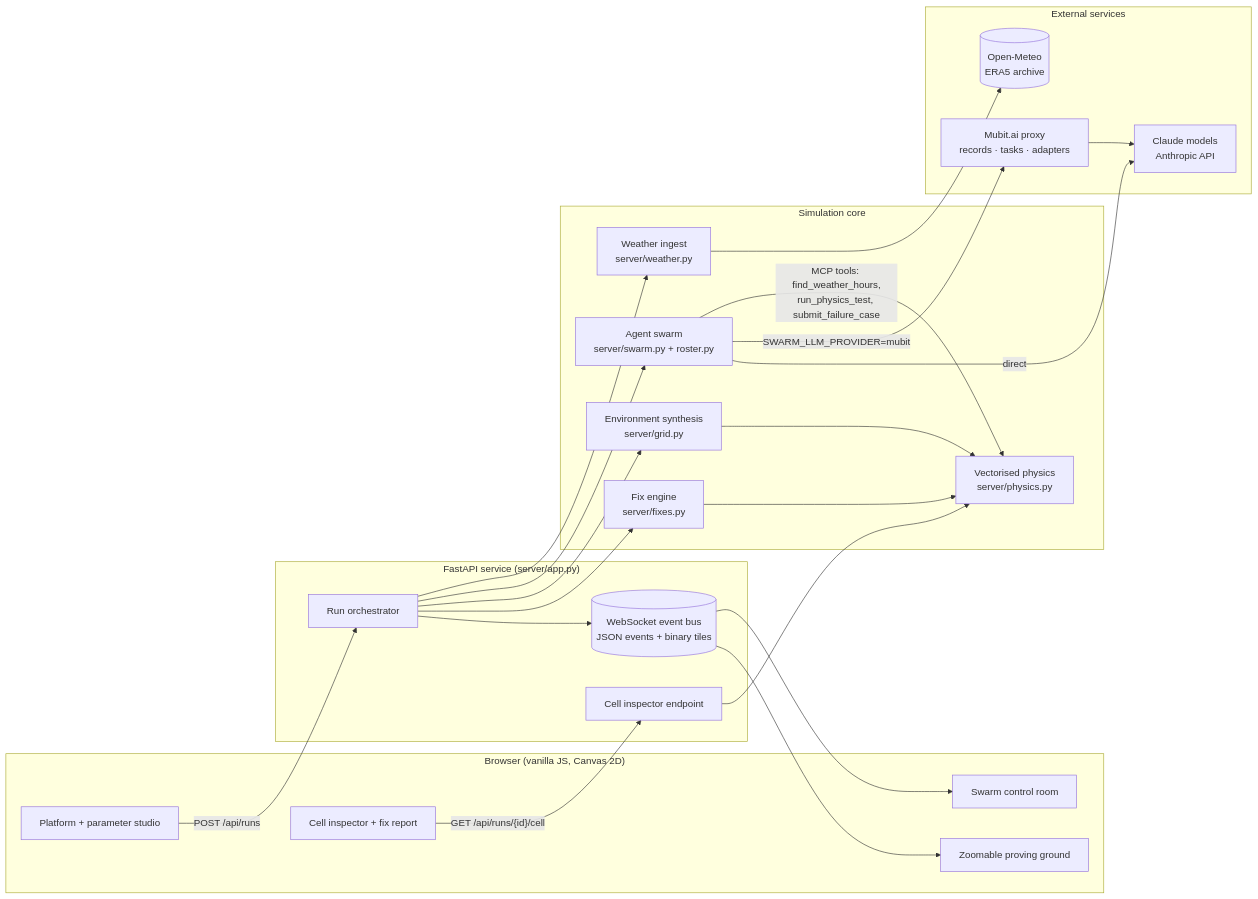
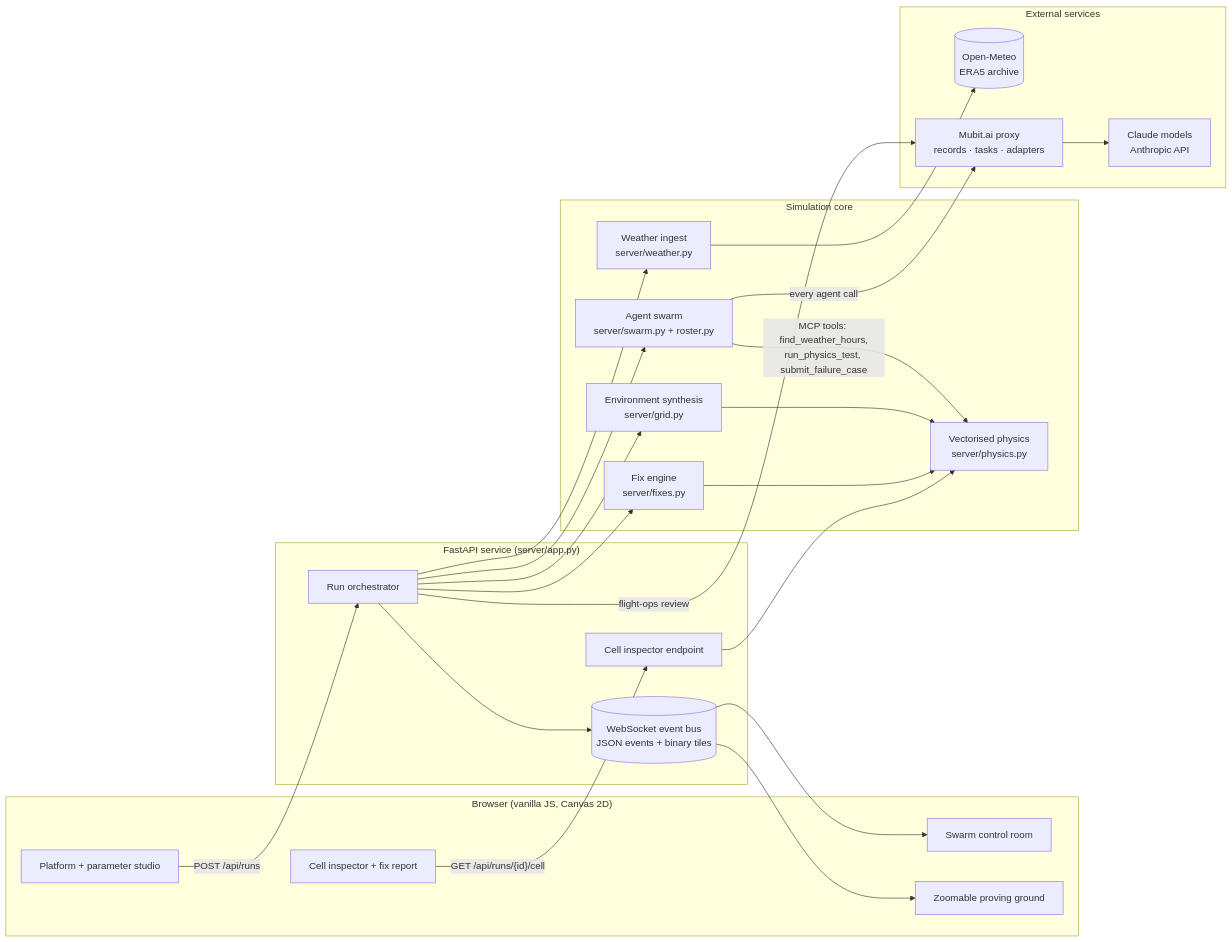
Before and after one commit to hackdavid/swarm-simulator: the first of 2 diagrams in README.md, drawn with Mermaid. The commit also changed other lines of this file and 6 other files, not shown here.

Commit message:
Docs: Mubit-only route, flight-ops review loop, route file errors

````diff
--- a/README.md
+++ b/README.md
@@ -69,40 +70,40 @@
 ```mermaid
 flowchart LR
     subgraph Browser["Browser (vanilla JS, Canvas 2D)"]
         UI1[Platform + parameter studio]
         UI2[Swarm control room]
         UI3[Zoomable proving ground]
         UI4[Cell inspector + fix report]
     end
 
     subgraph API["FastAPI service (server/app.py)"]
         RUN[Run orchestrator]
         WS[(WebSocket event bus<br/>JSON events + binary tiles)]
         CELL[Cell inspector endpoint]
     end
 
     subgraph Core["Simulation core"]
         WX[Weather ingest<br/>server/weather.py]
         SW[Agent swarm<br/>server/swarm.py + roster.py]
         PHY[Vectorised physics<br/>server/physics.py]
         GRID[Environment synthesis<br/>server/grid.py]
         FIX[Fix engine<br/>server/fixes.py]
     end
 
     subgraph External["External services"]
         OM[(Open-Meteo<br/>ERA5 archive)]
         MUBIT[Mubit.ai proxy<br/>records · tasks · adapters]
         CLAUDE[Claude models<br/>Anthropic API]
     end
 
     UI1 -- POST /api/runs --> RUN
     RUN --> WX --> OM
     RUN --> SW
     SW -- "MCP tools: find_weather_hours,<br/>run_physics_test, submit_failure_case" --> PHY
-    SW -- "SWARM_LLM_PROVIDER=mubit" --> MUBIT --> CLAUDE
-    SW -- "direct" --> CLAUDE
+    SW -- "every agent call" --> MUBIT --> CLAUDE
+    RUN -- "flight-ops review" --> MUBIT
     RUN --> GRID --> PHY
     RUN --> FIX --> PHY
     RUN --> WS --> UI2 & UI3
     UI4 -- GET /api/runs/{id}/cell --> CELL --> PHY
 ```
````
